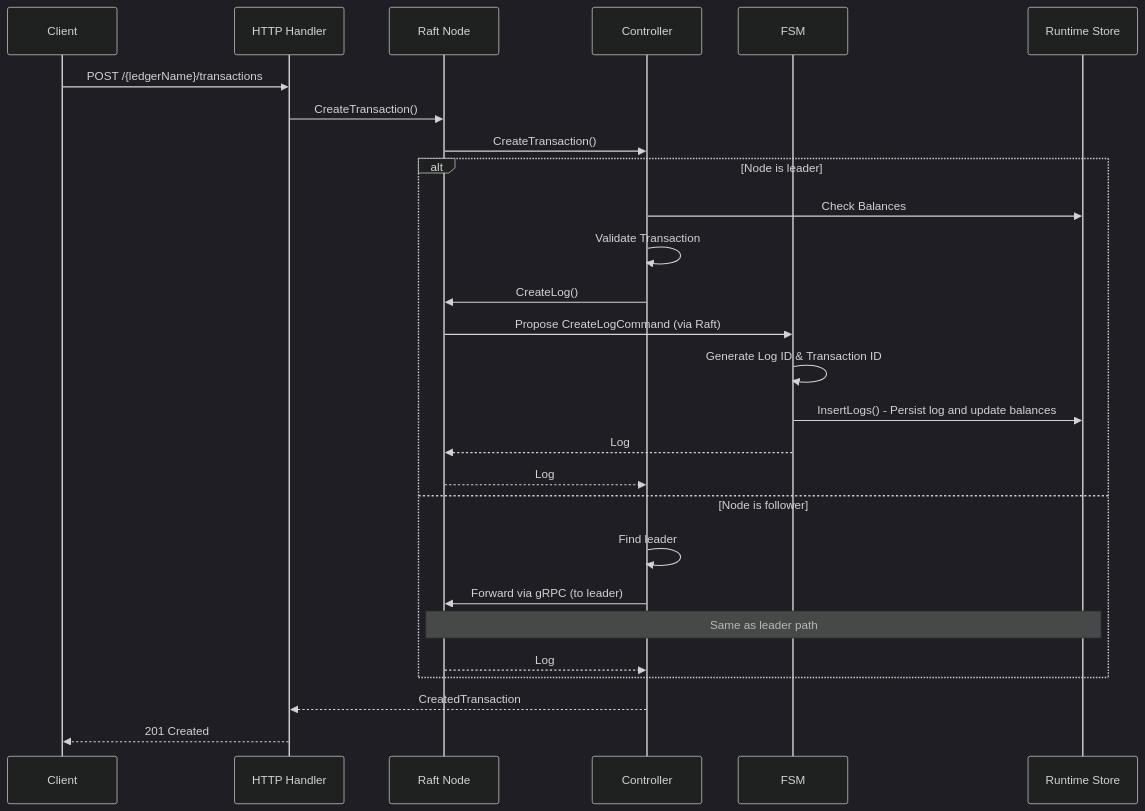
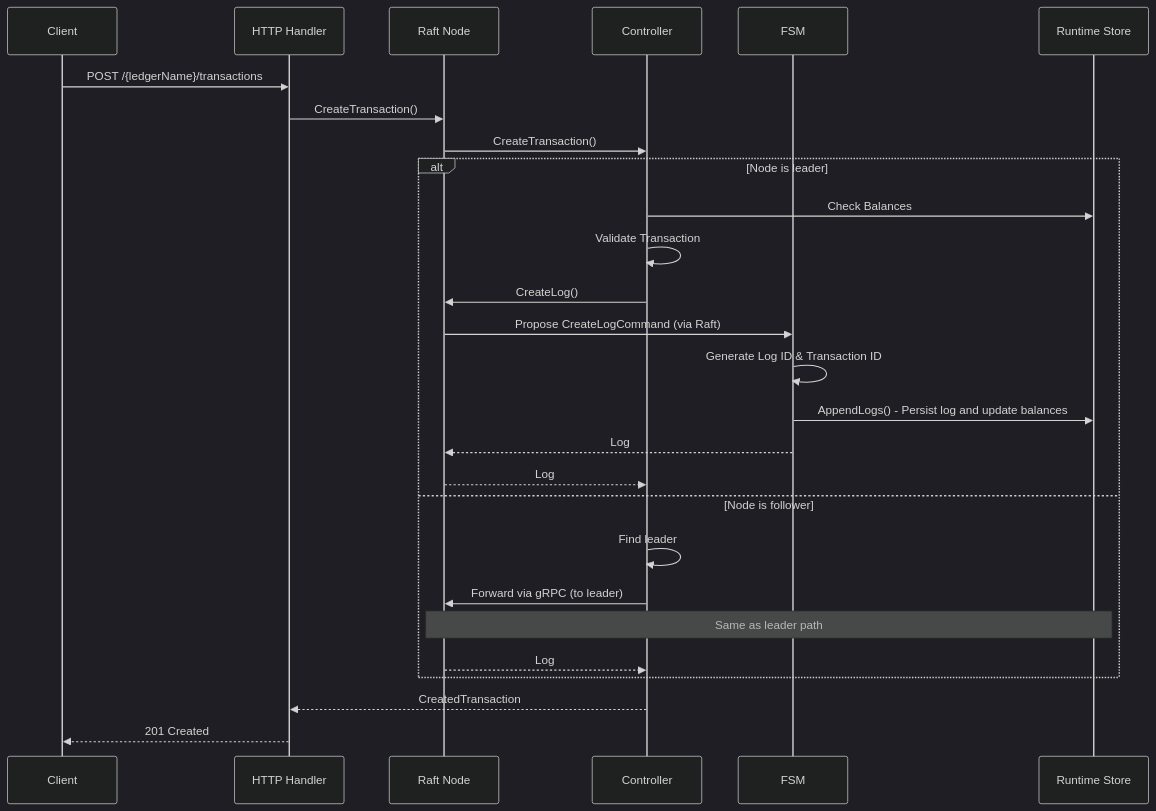
Before and after one commit to formancehq/ledger: the fifth of 6 diagrams in docs/architecture.md, drawn with Mermaid (dark theme). The commit also changed 32 other files, not shown here.

````diff
--- a/docs/architecture.md
+++ b/docs/architecture.md
@@ -203,32 +203,32 @@
 ```mermaid
 sequenceDiagram
     participant Client
     participant HTTP as HTTP Handler
     participant RaftNode as Raft Node
     participant Controller as Controller
     participant FSM as FSM
     participant RuntimeStore as Runtime Store
     
     Client->>HTTP: POST /{ledgerName}/transactions
     HTTP->>RaftNode: CreateTransaction()
     RaftNode->>Controller: CreateTransaction()
     
     alt Node is leader
         Controller->>RuntimeStore: Check Balances
         Controller->>Controller: Validate Transaction
         Controller->>RaftNode: CreateLog()
         RaftNode->>FSM: Propose CreateLogCommand (via Raft)
         FSM->>FSM: Generate Log ID & Transaction ID
-        FSM->>RuntimeStore: InsertLogs() - Persist log and update balances
+        FSM->>RuntimeStore: AppendLogs() - Persist log and update balances
         FSM-->>RaftNode: Log
         RaftNode-->>Controller: Log
     else Node is follower
         Controller->>Controller: Find leader
         Controller->>RaftNode: Forward via gRPC (to leader)
         Note over RaftNode,RuntimeStore: Same as leader path
         RaftNode-->>Controller: Log
     end
     
     Controller-->>HTTP: CreatedTransaction
     HTTP-->>Client: 201 Created
 ```
````
